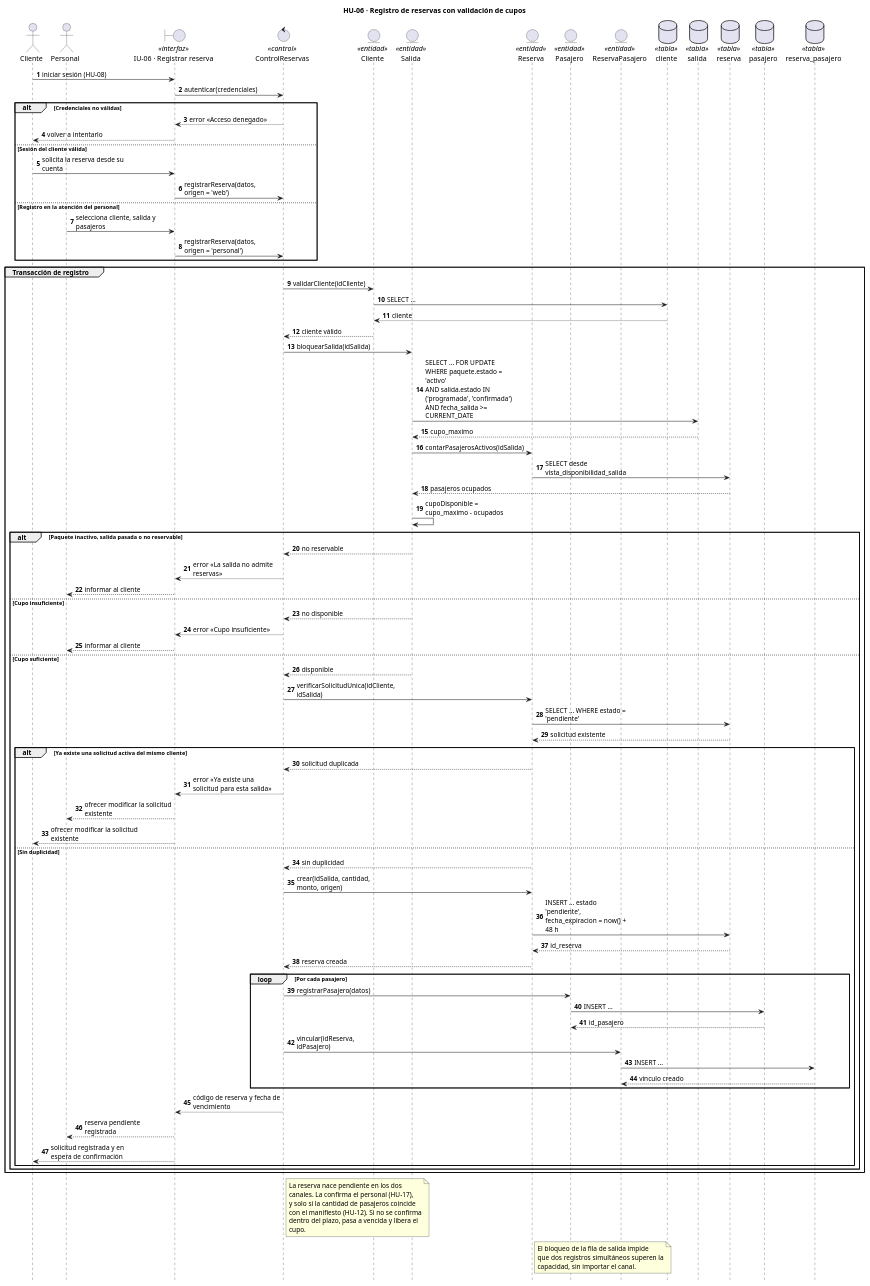
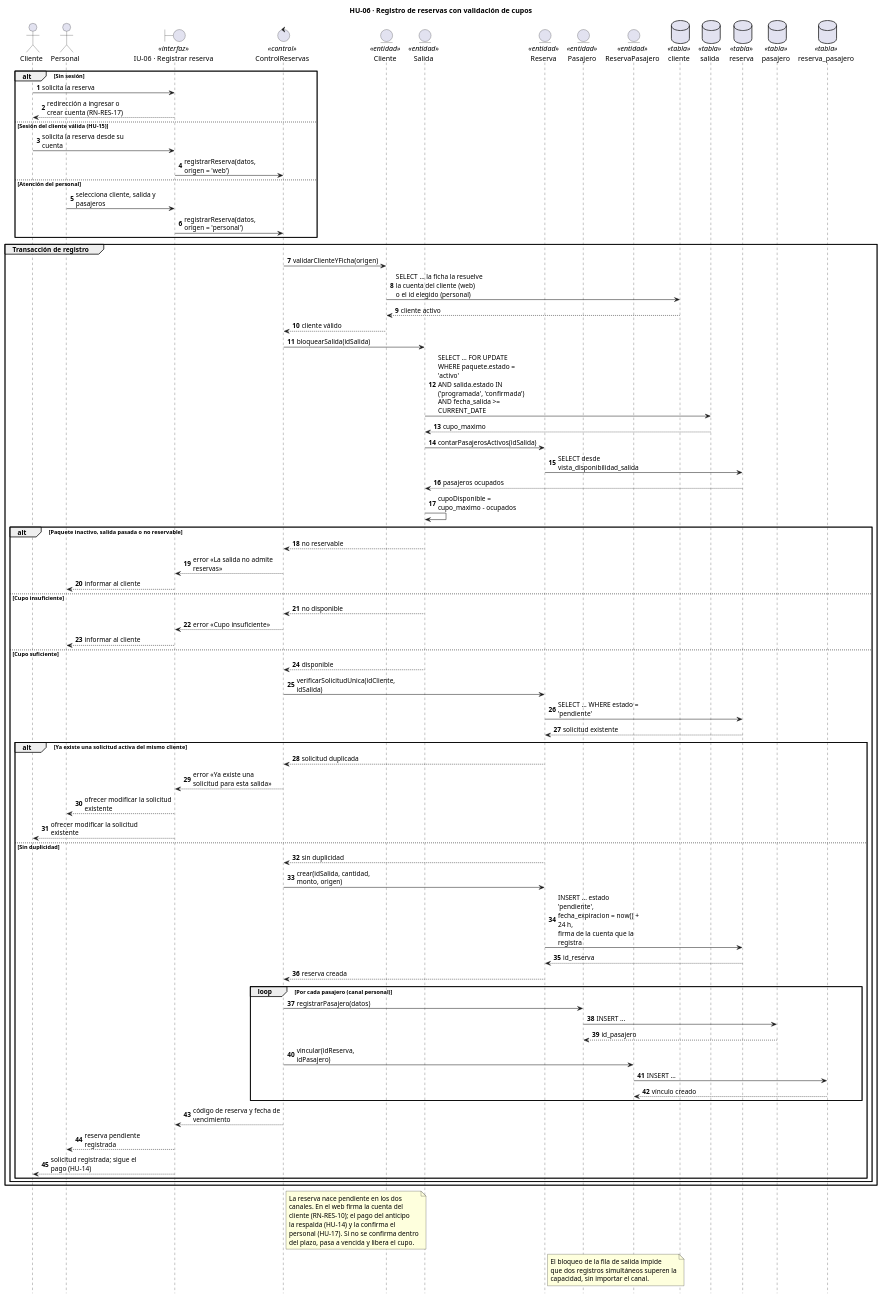
The diagram in sistema/diagramas/uml/secuencia/hu-06-registrar-reserva.puml (fervflow/sis-inf3-proyecto-formativo), drawn with PlantUML before and after one commit. The commit also changed 61 other files, not shown here.

```diff
--- a/sistema/diagramas/uml/secuencia/hu-06-registrar-reserva.puml
+++ b/sistema/diagramas/uml/secuencia/hu-06-registrar-reserva.puml
@@ -1,108 +1,107 @@
 @startuml
 title HU-06 · Registro de reservas con validación de cupos
-' Dos canales de ingreso, un mismo proceso: la reserva nace pendiente,
-' con fecha de vencimiento, y la confirma el personal (HU-17).
+' Dos canales de ingreso, un mismo proceso: la solicitud web exige una
+' cuenta de cliente (HU-15) y nace pendiente, con vencimiento de 24 horas
+' y el pago del anticipo como respaldo (HU-14). La confirma el personal
+' (HU-17).
 hide footbox
 autonumber
 skinparam maxMessageSize 175
 
 actor "Cliente" as TUR
 actor "Personal" as PER
 boundary "IU-06 · Registrar reserva" as UI <<interfaz>>
 control "ControlReservas" as CTRL <<control>>
 entity "Cliente" as E_CLIENTE <<entidad>>
 entity "Salida" as E_SALIDA <<entidad>>
 entity "Reserva" as E_RESERVA <<entidad>>
 entity "Pasajero" as E_PASAJERO <<entidad>>
 entity "ReservaPasajero" as E_RESERVA_PASAJERO <<entidad>>
 database "cliente" as T_CLIENTE <<tabla>>
 database "salida" as T_SALIDA <<tabla>>
 database "reserva" as T_RESERVA <<tabla>>
 database "pasajero" as T_PASAJERO <<tabla>>
 database "reserva_pasajero" as T_RESERVA_PASAJERO <<tabla>>
 
-TUR -> UI : iniciar sesión (HU-08)
-UI -> CTRL : autenticar(credenciales)
-
-alt Credenciales no válidas
-    CTRL --> UI : error «Acceso denegado»
-    UI --> TUR : volver a intentarlo
-else Sesión del cliente válida
+alt Sin sesión
+    TUR -> UI : solicita la reserva
+    UI --> TUR : redirección a ingresar o crear cuenta (RN-RES-17)
+else Sesión del cliente válida (HU-15)
     TUR -> UI : solicita la reserva desde su cuenta
     UI -> CTRL : registrarReserva(datos, origen = 'web')
-else Registro en la atención del personal
+else Atención del personal
     PER -> UI : selecciona cliente, salida y pasajeros
     UI -> CTRL : registrarReserva(datos, origen = 'personal')
 end
 
 group Transacción de registro
-    CTRL -> E_CLIENTE : validarCliente(idCliente)
-    E_CLIENTE -> T_CLIENTE : SELECT ...
-    T_CLIENTE --> E_CLIENTE : cliente
+    CTRL -> E_CLIENTE : validarClienteYFicha(origen)
+    E_CLIENTE -> T_CLIENTE : SELECT ... la ficha la resuelve\nla cuenta del cliente (web)\no el id elegido (personal)
+    T_CLIENTE --> E_CLIENTE : cliente activo
     E_CLIENTE --> CTRL : cliente válido
 
     CTRL -> E_SALIDA : bloquearSalida(idSalida)
     E_SALIDA -> T_SALIDA : SELECT ... FOR UPDATE\nWHERE paquete.estado = 'activo'\nAND salida.estado IN ('programada', 'confirmada')\nAND fecha_salida >= CURRENT_DATE
     T_SALIDA --> E_SALIDA : cupo_maximo
     E_SALIDA -> E_RESERVA : contarPasajerosActivos(idSalida)
     E_RESERVA -> T_RESERVA : SELECT desde vista_disponibilidad_salida
     T_RESERVA --> E_SALIDA : pasajeros ocupados
     E_SALIDA -> E_SALIDA : cupoDisponible = cupo_maximo - ocupados
 
     alt Paquete inactivo, salida pasada o no reservable
         E_SALIDA --> CTRL : no reservable
         CTRL --> UI : error «La salida no admite reservas»
         UI --> PER : informar al cliente
     else Cupo insuficiente
         E_SALIDA --> CTRL : no disponible
         CTRL --> UI : error «Cupo insuficiente»
         UI --> PER : informar al cliente
     else Cupo suficiente
         E_SALIDA --> CTRL : disponible
         CTRL -> E_RESERVA : verificarSolicitudUnica(idCliente, idSalida)
         E_RESERVA -> T_RESERVA : SELECT ... WHERE estado = 'pendiente'
         T_RESERVA --> E_RESERVA : solicitud existente
 
         alt Ya existe una solicitud activa del mismo cliente
             E_RESERVA --> CTRL : solicitud duplicada
             CTRL --> UI : error «Ya existe una solicitud para esta salida»
             UI --> PER : ofrecer modificar la solicitud existente
             UI --> TUR : ofrecer modificar la solicitud existente
         else Sin duplicidad
             E_RESERVA --> CTRL : sin duplicidad
             CTRL -> E_RESERVA : crear(idSalida, cantidad, monto, origen)
-            E_RESERVA -> T_RESERVA : INSERT ... estado 'pendiente',\nfecha_expiracion = now() + 48 h
+            E_RESERVA -> T_RESERVA : INSERT ... estado 'pendiente',\nfecha_expiracion = now() + 24 h,\nfirma de la cuenta que la registra
             T_RESERVA --> E_RESERVA : id_reserva
             E_RESERVA --> CTRL : reserva creada
 
-            loop Por cada pasajero
+            loop Por cada pasajero (canal personal)
                 CTRL -> E_PASAJERO : registrarPasajero(datos)
                 E_PASAJERO -> T_PASAJERO : INSERT ...
                 T_PASAJERO --> E_PASAJERO : id_pasajero
                 CTRL -> E_RESERVA_PASAJERO : vincular(idReserva, idPasajero)
                 E_RESERVA_PASAJERO -> T_RESERVA_PASAJERO : INSERT ...
                 T_RESERVA_PASAJERO --> E_RESERVA_PASAJERO : vínculo creado
             end
 
             CTRL --> UI : código de reserva y fecha de vencimiento
             UI --> PER : reserva pendiente registrada
-            UI --> TUR : solicitud registrada y en espera de confirmación
+            UI --> TUR : solicitud registrada; sigue el pago (HU-14)
         end
     end
 end
 
 note right of CTRL
     La reserva nace pendiente en los dos
-    canales. La confirma el personal (HU-17),
-    y solo si la cantidad de pasajeros coincide
-    con el manifiesto (HU-12). Si no se confirma
-    dentro del plazo, pasa a vencida y libera el
-    cupo.
+    canales. En el web firma la cuenta del
+    cliente (RN-RES-10); el pago del anticipo
+    la respalda (HU-14) y la confirma el
+    personal (HU-17). Si no se confirma dentro
+    del plazo, pasa a vencida y libera el cupo.
 end note
 
 note right of E_RESERVA
     El bloqueo de la fila de salida impide
     que dos registros simultáneos superen la
     capacidad, sin importar el canal.
 end note
 @enduml
```
